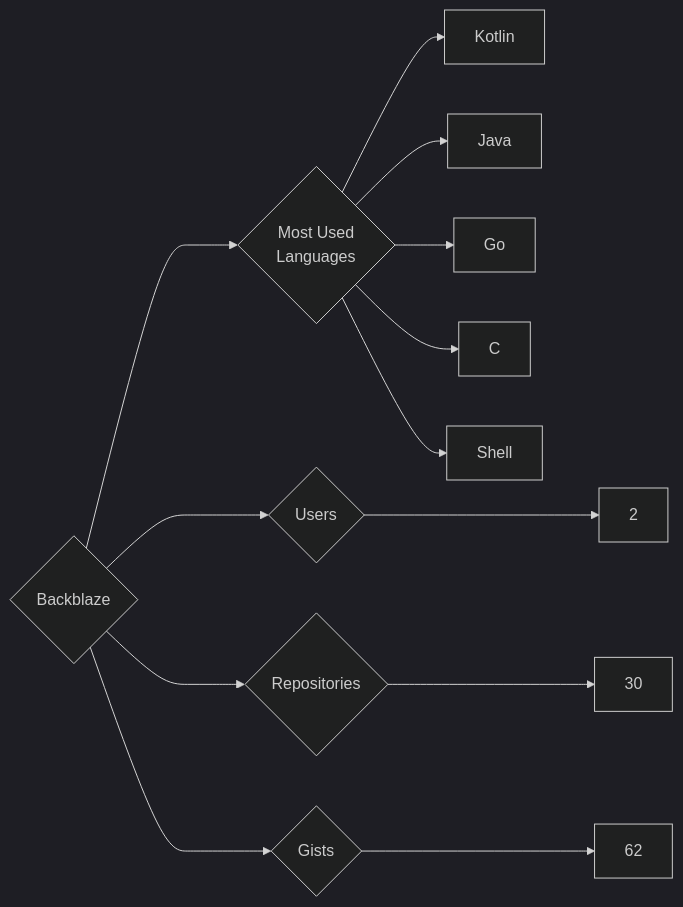
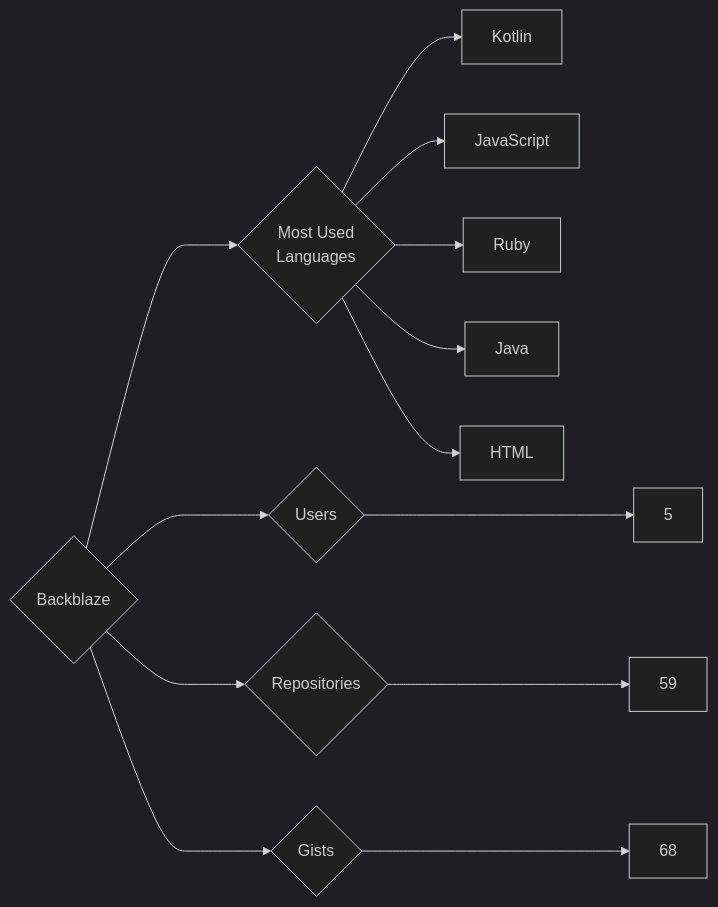
One commit to trickest/insiders changed the diagram in targets/Backblaze/README.md. Above: the diagram before and after it, drawn with Mermaid (dark theme). The commit also changed 1084 other files, not shown here.

````diff
--- a/targets/Backblaze/README.md
+++ b/targets/Backblaze/README.md
@@ -3,13 +3,13 @@
 ```mermaid
 graph LR
 COMPANY_NAME{Backblaze}
-COMPANY_NAME ---> U{Users} ---> UN[2]
-COMPANY_NAME ---> R{Repositories} ---> RN[30]
-COMPANY_NAME ---> G{Gists} ---> GN[62]
+COMPANY_NAME ---> U{Users} ---> UN[5]
+COMPANY_NAME ---> R{Repositories} ---> RN[59]
+COMPANY_NAME ---> G{Gists} ---> GN[68]
 COMPANY_NAME ---> ML{Most Used<br>Languages}
 ML --> Kotlin[Kotlin]
+ML --> JavaScript[JavaScript]
+ML --> Ruby[Ruby]
 ML --> Java[Java]
-ML --> Go[Go]
-ML --> C[C]
-ML --> Shell[Shell]
+ML --> HTML[HTML]
 ```
````
